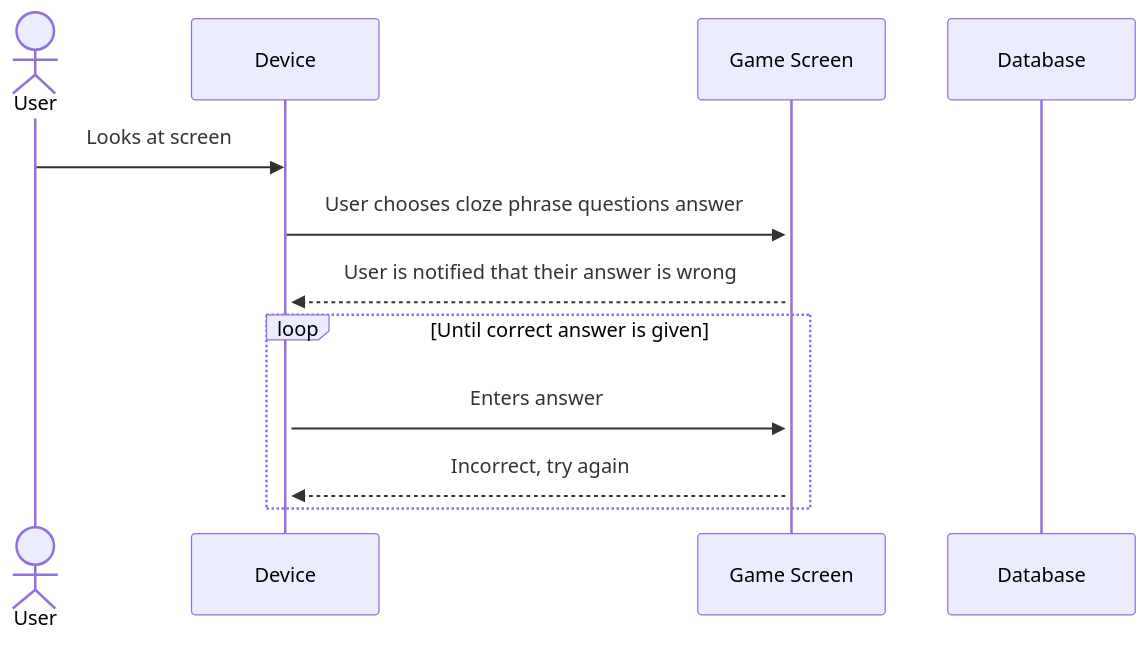
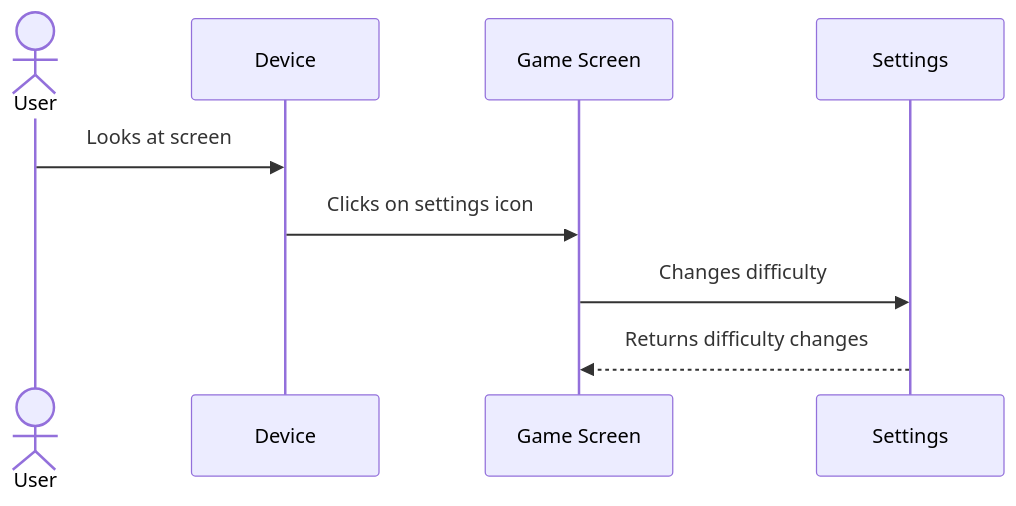
The ninth of 9 diagrams in documentation/docs/system-architecture/Design.md (henryschoemer/project-aac-game-team-b_bugfix_team6), drawn with Mermaid before and after one commit. The commit also changed other lines of this file and 1 other file, not shown here.

````diff
--- a/documentation/docs/system-architecture/Design.md
+++ b/documentation/docs/system-architecture/Design.md
@@ -425,17 +438,17 @@
 ```mermaid
+
 sequenceDiagram 
     actor User
     participant D as Device
     participant GR as Game Screen
-    participant Database
-
-     User ->> D: Looks at screen 
-     D ->>+ GR: User chooses cloze phrase questions answer 
-    GR -->>+ D: User is notified that their answer is wrong
-    loop Until correct answer is given
-        D->>GR :Enters answer
-        GR-->>D: Incorrect, try again
-    end
+    participant GS as Settings
 
 
-``` 
+
+
+    User ->> D: Looks at screen
+    D ->> GR: Clicks on settings icon
+    GR ->> GS: Changes difficulty
+    GS -->> GR: Returns difficulty changes 
+
+```
````
